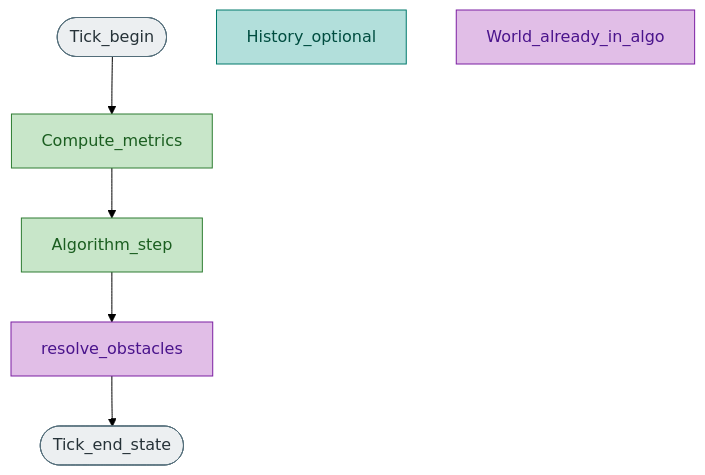
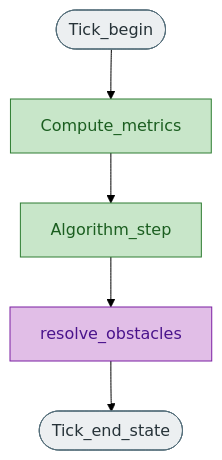
Before and after one commit to lykimq/HerdSim: the second of 2 diagrams in docs/developer/architecture.md, drawn with Mermaid (forest theme). The commit also changed other lines of this file and 418 other files, not shown here.

````diff
--- a/docs/developer/architecture.md
+++ b/docs/developer/architecture.md
@@ -56,28 +55,21 @@
 ```mermaid
 flowchart TD
   startTick([Tick_begin])
-  hist[History_optional]
   met[Compute_metrics]
   stepAlg[Algorithm_step]
   obst[resolve_obstacles]
-  reflect[World_already_in_algo]
   done([Tick_end_state])
 
   startTick --> met
   met --> stepAlg
   stepAlg --> obst
   obst --> done
 
-  classDef ui fill:#cfe2f3,stroke:#1565c0,color:#0d47a1
-  classDef wiring fill:#b2dfdb,stroke:#00796b,color:#004d40
   classDef domain fill:#c8e6c9,stroke:#2e7d32,color:#1b5e20
   classDef shared fill:#e1bee7,stroke:#7b1fa2,color:#4a148c
-  classDef transport fill:#ffe0b2,stroke:#ef6c00,color:#e65100
-  classDef question fill:#fff9c4,stroke:#f9a825,color:#5d4037
   classDef start fill:#eceff1,stroke:#546e7a,color:#263238
 
   class startTick,done start
   class met,stepAlg domain
-  class obst,reflect shared
-  class hist wiring
+  class obst shared
 ```
````
